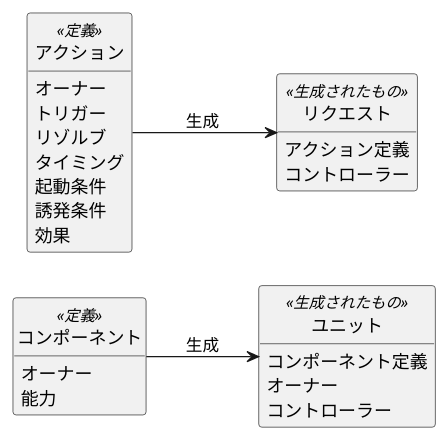
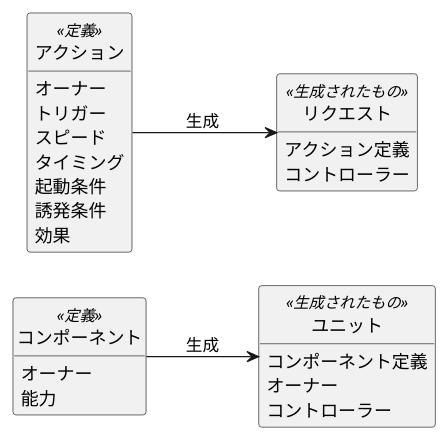
The diagram in source/core/core.rst (BlackPoker/BlackPoker), drawn with PlantUML before and after one commit. The commit also changed other lines of this file and 11 other files, not shown here.

```diff
--- a/source/core/core.rst
+++ b/source/core/core.rst
@@ -365,38 +365,38 @@
 .. uml:: 
     :caption: コントローラー属性
     :scale: 50%
 
     left to right direction
 
     hide methods
     hide circle
 
     class コンポーネント<<定義>> {
         オーナー
         能力
     }
 
 
     class ユニット<<生成されたもの>> {
         コンポーネント定義
         オーナー
         コントローラー
     }
 
     class アクション<<定義>> {
         オーナー
         トリガー
-        リゾルブ
+        スピード
         タイミング
         起動条件
         誘発条件
         効果
     }
 
     class リクエスト<<生成されたもの>> {
         アクション定義
         コントローラー
     }
 
     アクション --> リクエスト : 生成 
     コンポーネント --> ユニット : 生成 
```
